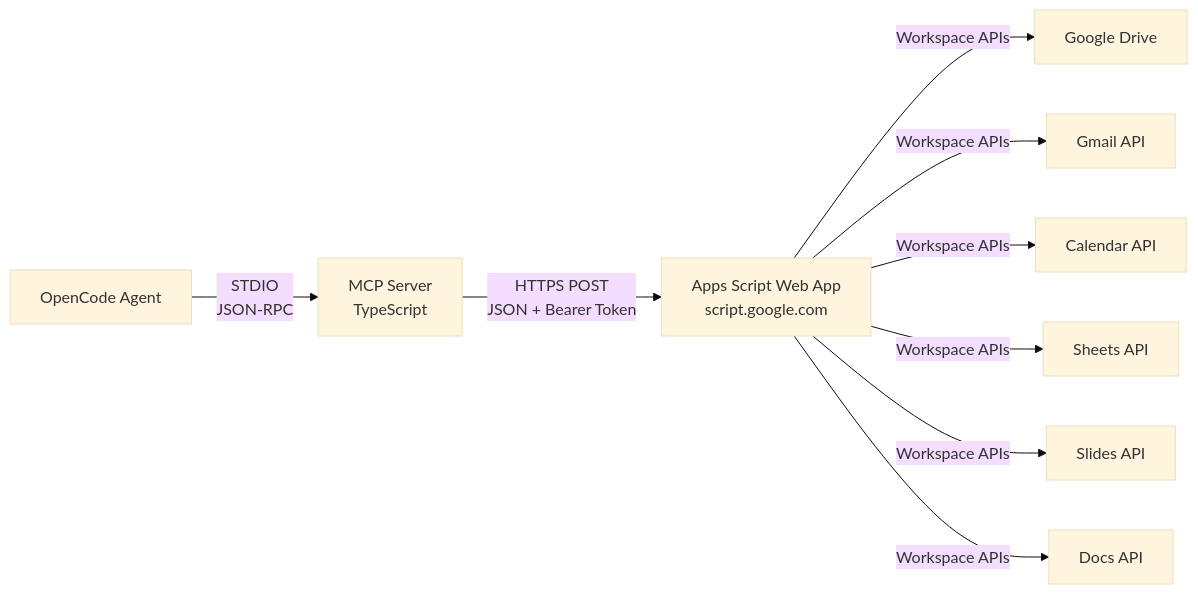
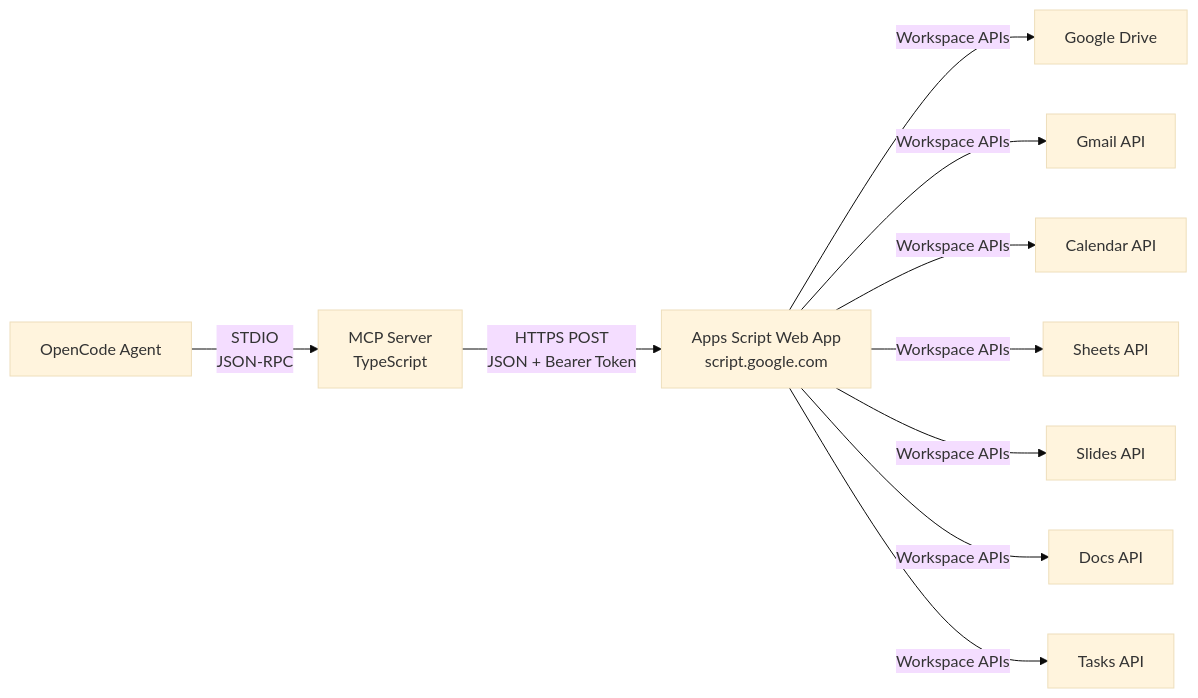
The first of 2 diagrams in docs/architecture/overview.md (joe-broadhead/workspace-lite), drawn with Mermaid (base theme) before and after one commit. The commit also changed other lines of this file and 39 other files, not shown here.

````diff
--- a/docs/architecture/overview.md
+++ b/docs/architecture/overview.md
@@ -9,11 +9,12 @@
 ```mermaid
 graph LR
     A[OpenCode Agent] -->|STDIO<br/>JSON-RPC| B[MCP Server<br/>TypeScript]
     B -->|HTTPS POST<br/>JSON + Bearer Token| C[Apps Script Web App<br/>script.google.com]
     C -->|Workspace APIs| D[Google Drive]
     C -->|Workspace APIs| E[Gmail API]
     C -->|Workspace APIs| F[Calendar API]
     C -->|Workspace APIs| G[Sheets API]
     C -->|Workspace APIs| H[Slides API]
     C -->|Workspace APIs| I[Docs API]
+    C -->|Workspace APIs| J[Tasks API]
 ```
````
